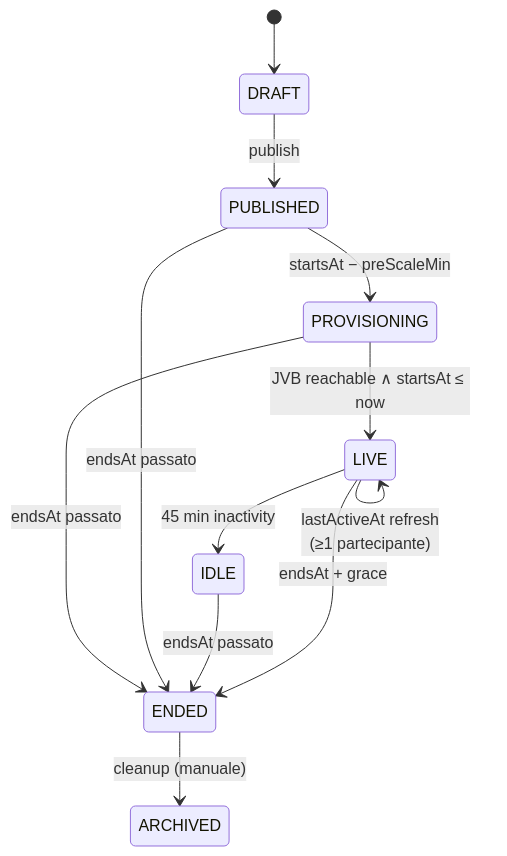
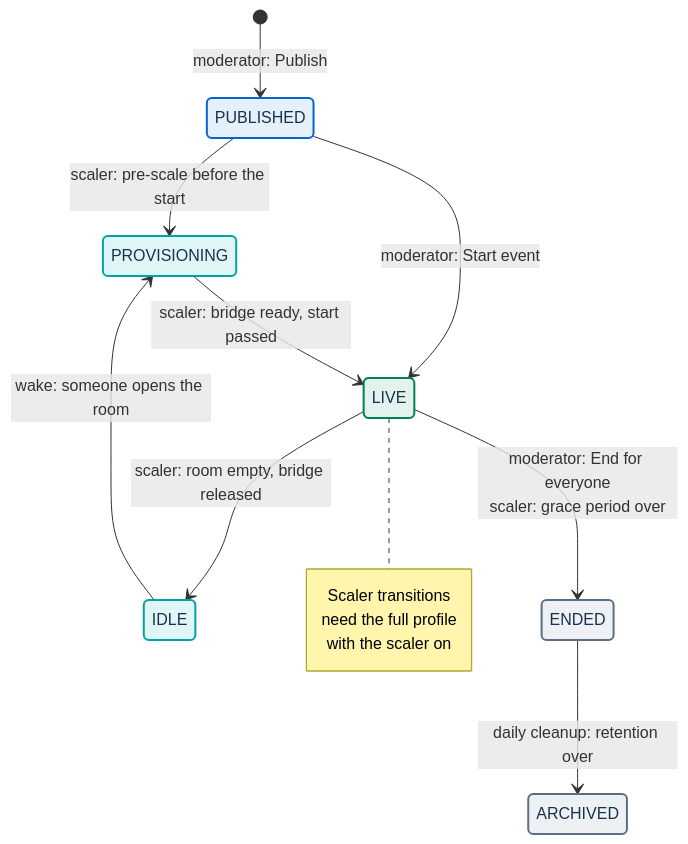
One commit to italia/pa-webinar changed the fourth of 6 diagrams in README.md. Above: the diagram before and after it, drawn with Mermaid. The commit also changed other lines of this file and 92 other files, not shown here.

````diff
--- a/README.md
+++ b/README.md
@@ -170,14 +228,24 @@
 ```mermaid
 stateDiagram-v2
-  [*] --> DRAFT
-  DRAFT --> PUBLISHED: publish
-  PUBLISHED --> PROVISIONING: startsAt − preScaleMin
-  PROVISIONING --> LIVE: JVB reachable ∧ startsAt ≤ now
-  LIVE --> LIVE: lastActiveAt refresh<br/>(≥1 partecipante)
-  LIVE --> IDLE: 45 min inactivity
-  LIVE --> ENDED: endsAt + grace
-  IDLE --> ENDED: endsAt passato
-  PUBLISHED --> ENDED: endsAt passato
-  PROVISIONING --> ENDED: endsAt passato
-  ENDED --> ARCHIVED: cleanup (manuale)
+  classDef human fill:#E6F0FA,stroke:#0066CC,stroke-width:2px,color:#17324D
+  classDef auto fill:#E0F5F5,stroke:#00A3A3,stroke-width:2px,color:#17324D
+  classDef live fill:#E3F2EC,stroke:#008055,stroke-width:2px,color:#17324D
+  classDef terminal fill:#EEF1F4,stroke:#5C6F82,stroke-width:2px,color:#17324D
+  [*] --> PUBLISHED : moderator: Publish
+  PUBLISHED --> PROVISIONING : scaler: pre-scale before the start
+  PUBLISHED --> LIVE : moderator: Start event
+  PROVISIONING --> LIVE : scaler: bridge ready, start passed
+  LIVE --> IDLE : scaler: room empty, bridge released
+  IDLE --> PROVISIONING : wake: someone opens the room
+  LIVE --> ENDED : moderator: End for everyone<br/>scaler: grace period over
+  ENDED --> ARCHIVED : daily cleanup: retention over
+  note right of LIVE
+    Scaler transitions
+    need the full profile
+    with the scaler on
+  end note
+  class PUBLISHED human
+  class PROVISIONING,IDLE auto
+  class LIVE live
+  class ENDED,ARCHIVED terminal
 ```
````
